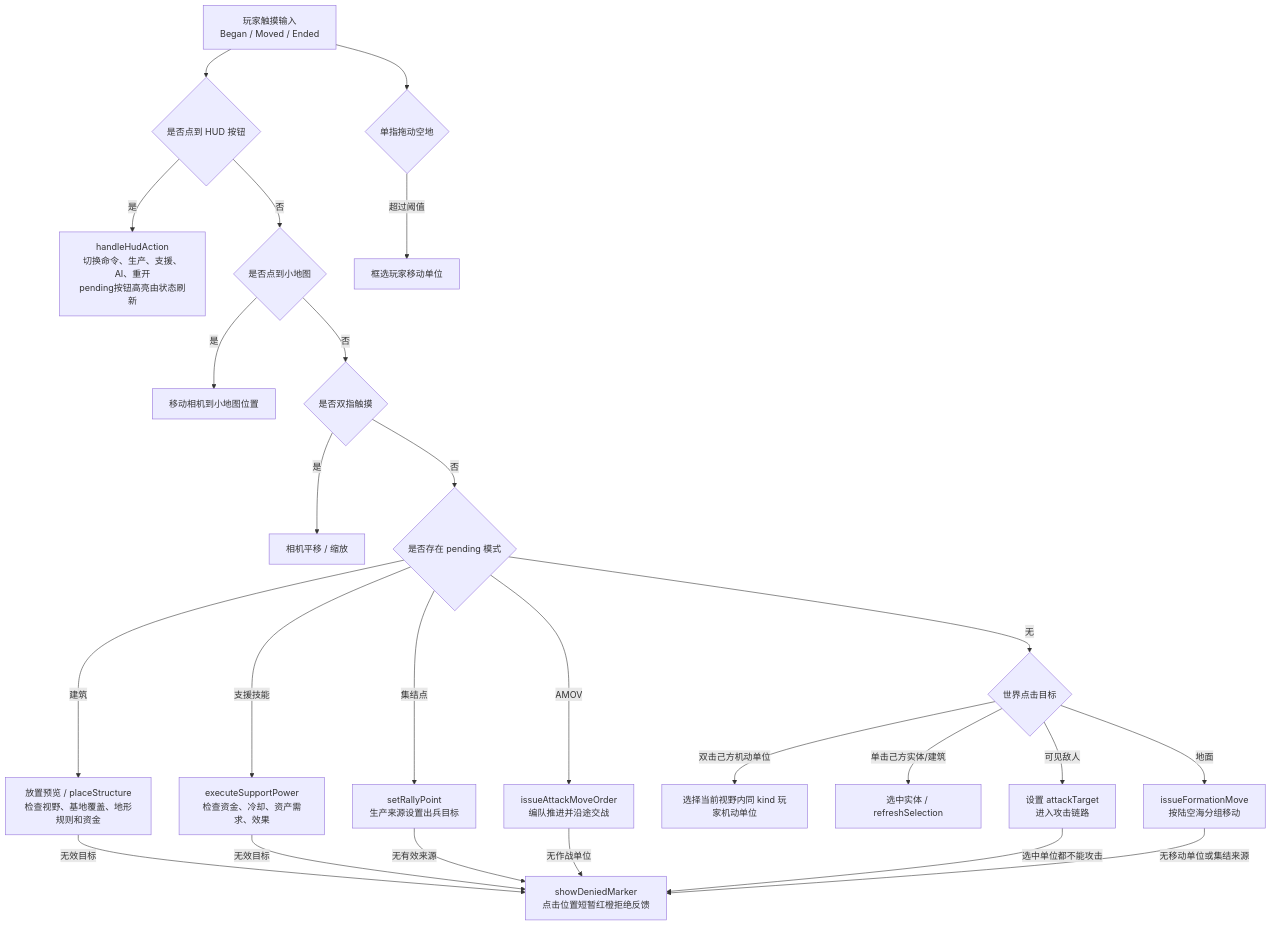
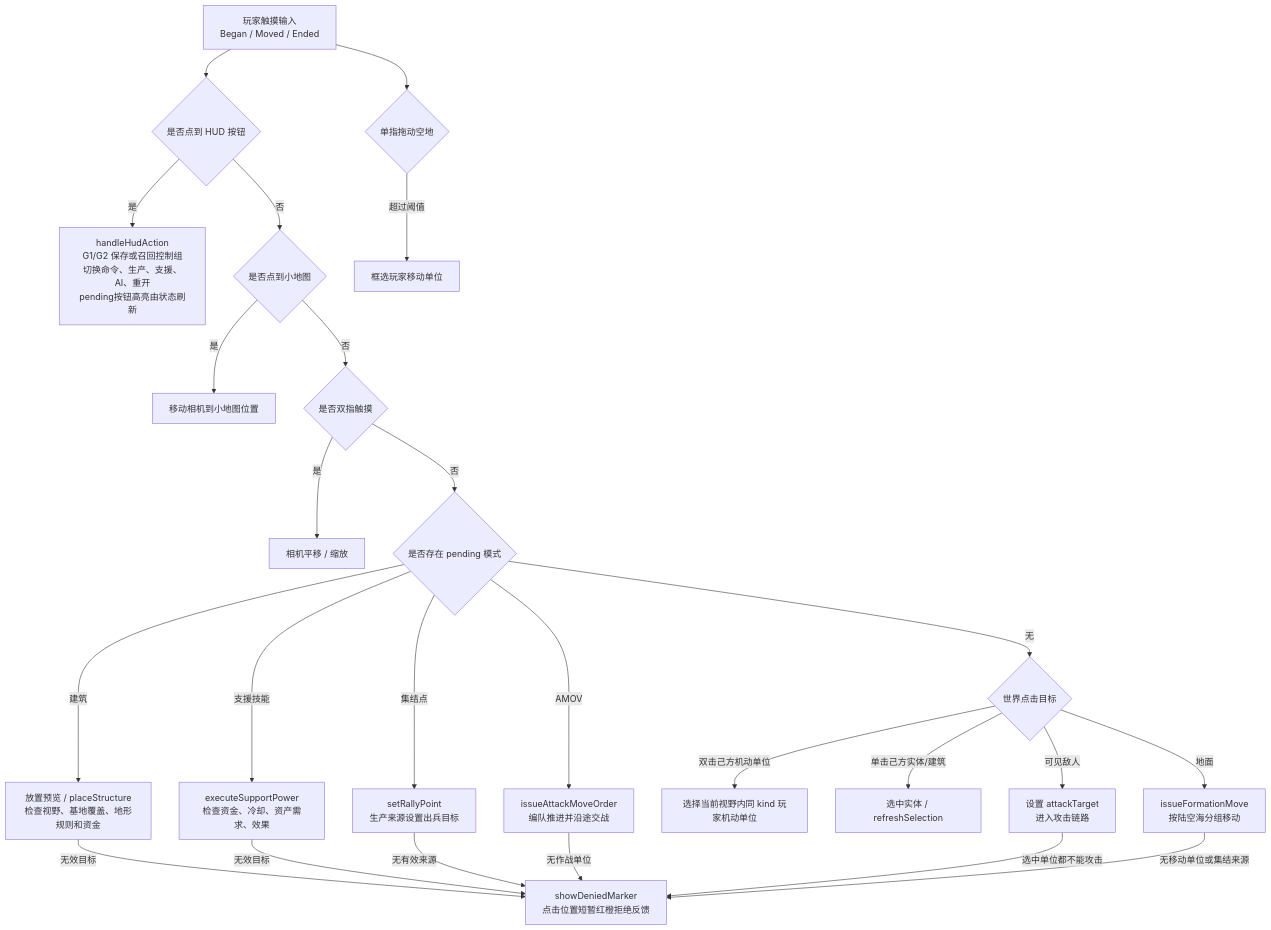
The second of 3 diagrams in md/flow/flowchart.md (Altman-sam114/1145), drawn with Mermaid before and after one commit. The commit also changed other lines of this file and 4 other files, not shown here.

````diff
--- a/md/flow/flowchart.md
+++ b/md/flow/flowchart.md
@@ -37,27 +37,27 @@
 ```mermaid
 flowchart TD
   Touch["玩家触摸输入\nBegan / Moved / Ended"] --> HUDCheck{"是否点到 HUD 按钮"}
-  HUDCheck -- "是" --> HudAction["handleHudAction\n切换命令、生产、支援、AI、重开\npending按钮高亮由状态刷新"]
+  HUDCheck -- "是" --> HudAction["handleHudAction\nG1/G2 保存或召回控制组\n切换命令、生产、支援、AI、重开\npending按钮高亮由状态刷新"]
   HUDCheck -- "否" --> MiniMap{"是否点到小地图"}
   MiniMap -- "是" --> Camera["移动相机到小地图位置"]
   MiniMap -- "否" --> MultiTouch{"是否双指触摸"}
   MultiTouch -- "是" --> PanZoom["相机平移 / 缩放"]
   MultiTouch -- "否" --> Pending{"是否存在 pending 模式"}
   Pending -- "建筑" --> Place["放置预览 / placeStructure\n检查视野、基地覆盖、地形规则和资金"]
   Pending -- "支援技能" --> Support["executeSupportPower\n检查资金、冷却、资产需求、效果"]
   Pending -- "集结点" --> Rally["setRallyPoint\n生产来源设置出兵目标"]
   Pending -- "AMOV" --> AttackMove["issueAttackMoveOrder\n编队推进并沿途交战"]
   Place -- "无效目标" --> Denied["showDeniedMarker\n点击位置短暂红橙拒绝反馈"]
   Support -- "无效目标" --> Denied
   Rally -- "无有效来源" --> Denied
   AttackMove -- "无作战单位" --> Denied
   Pending -- "无" --> WorldTap{"世界点击目标"}
   WorldTap -- "双击己方机动单位" --> TypeSelect["选择当前视野内同 kind 玩家机动单位"]
   WorldTap -- "单击己方实体/建筑" --> Select["选中实体 / refreshSelection"]
   WorldTap -- "可见敌人" --> Attack["设置 attackTarget\n进入攻击链路"]
   WorldTap -- "地面" --> Move["issueFormationMove\n按陆空海分组移动"]
   Attack -- "选中单位都不能攻击" --> Denied
   Move -- "无移动单位或集结来源" --> Denied
   Touch --> Drag{"单指拖动空地"}
   Drag -- "超过阈值" --> Box["框选玩家移动单位"]
 ```
````
